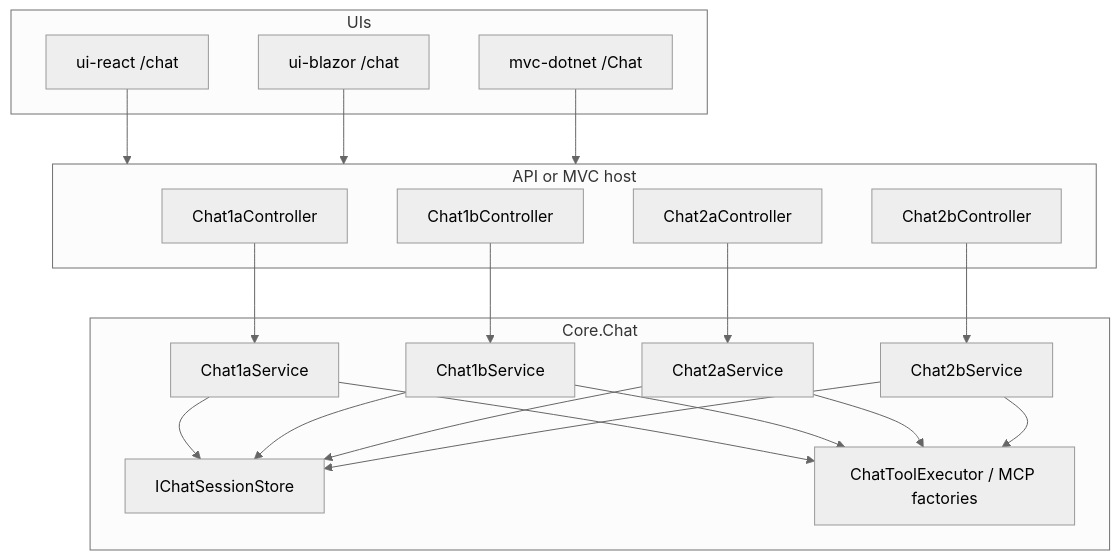
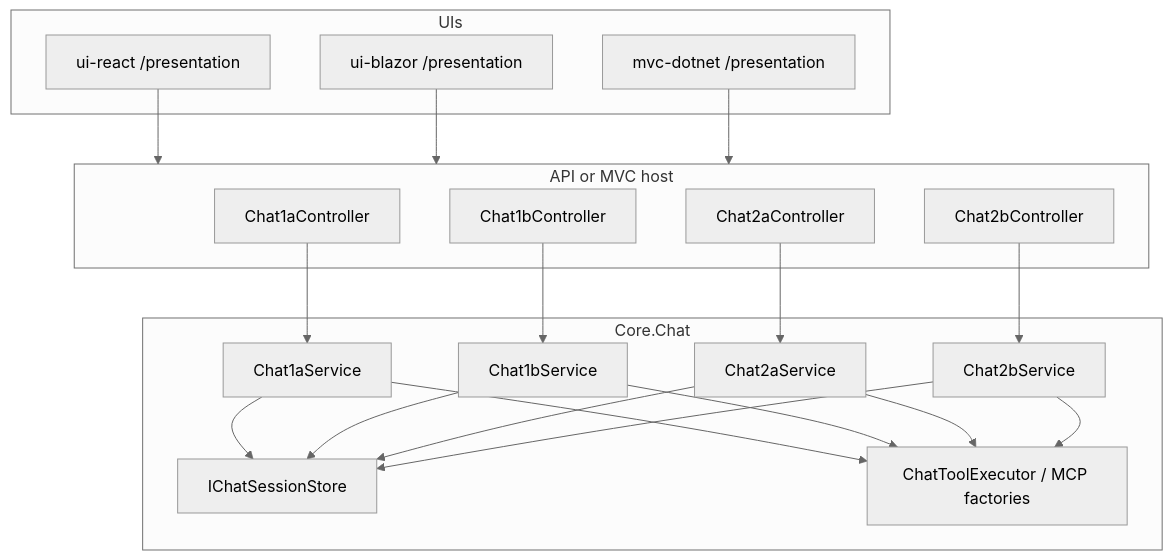
One commit to dustinkorzaan/weather-1116 changed the diagram in docs/5-chat-clients/5-chat-clients.md. Above: the diagram before and after it, drawn with Mermaid (neutral theme). The commit also changed other lines of this file and 65 other files, not shown here.

First line of the commit message:
Redesign all three UIs: Tailwind+shadcn (React), Fluent UI (Blazor), hand-written CSS (MVC) (#154)

````diff
--- a/docs/5-chat-clients/5-chat-clients.md
+++ b/docs/5-chat-clients/5-chat-clients.md
@@ -21,43 +21,43 @@
 ```mermaid
 flowchart TB
     subgraph ui [UIs]
-        React[ui-react /chat]
-        MVC[mvc-dotnet /Chat]
-        Blazor[ui-blazor /chat]
+        React[ui-react /presentation]
+        MVC[mvc-dotnet /presentation]
+        Blazor[ui-blazor /presentation]
     end
 
     subgraph api [API or MVC host]
         C1a[Chat1aController]
         C1b[Chat1bController]
         C2a[Chat2aController]
         C2b[Chat2bController]
     end
 
     subgraph core [Core.Chat]
         S1a[Chat1aService]
         S1b[Chat1bService]
         S2a[Chat2aService]
         S2b[Chat2bService]
         Store[IChatSessionStore]
         Tools[ChatToolExecutor / MCP factories]
     end
 
     React --> api
     Blazor --> api
     MVC --> api
 
     C1a --> S1a
     C1b --> S1b
     C2a --> S2a
     C2b --> S2b
 
     S1a --> Store
     S1b --> Store
     S2a --> Store
     S2b --> Store
 
     S1a --> Tools
     S1b --> Tools
     S2a --> Tools
     S2b --> Tools
 ```
````
